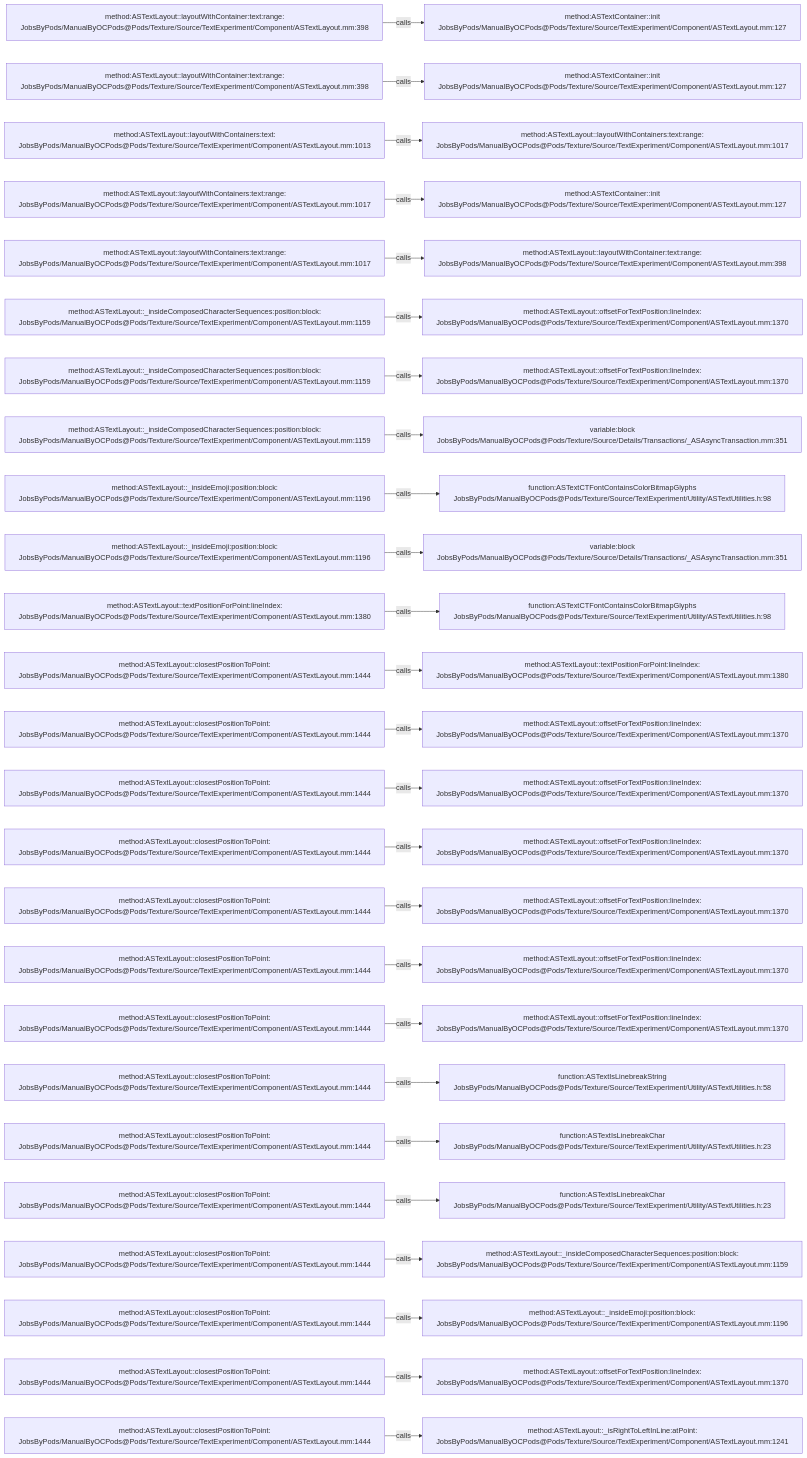
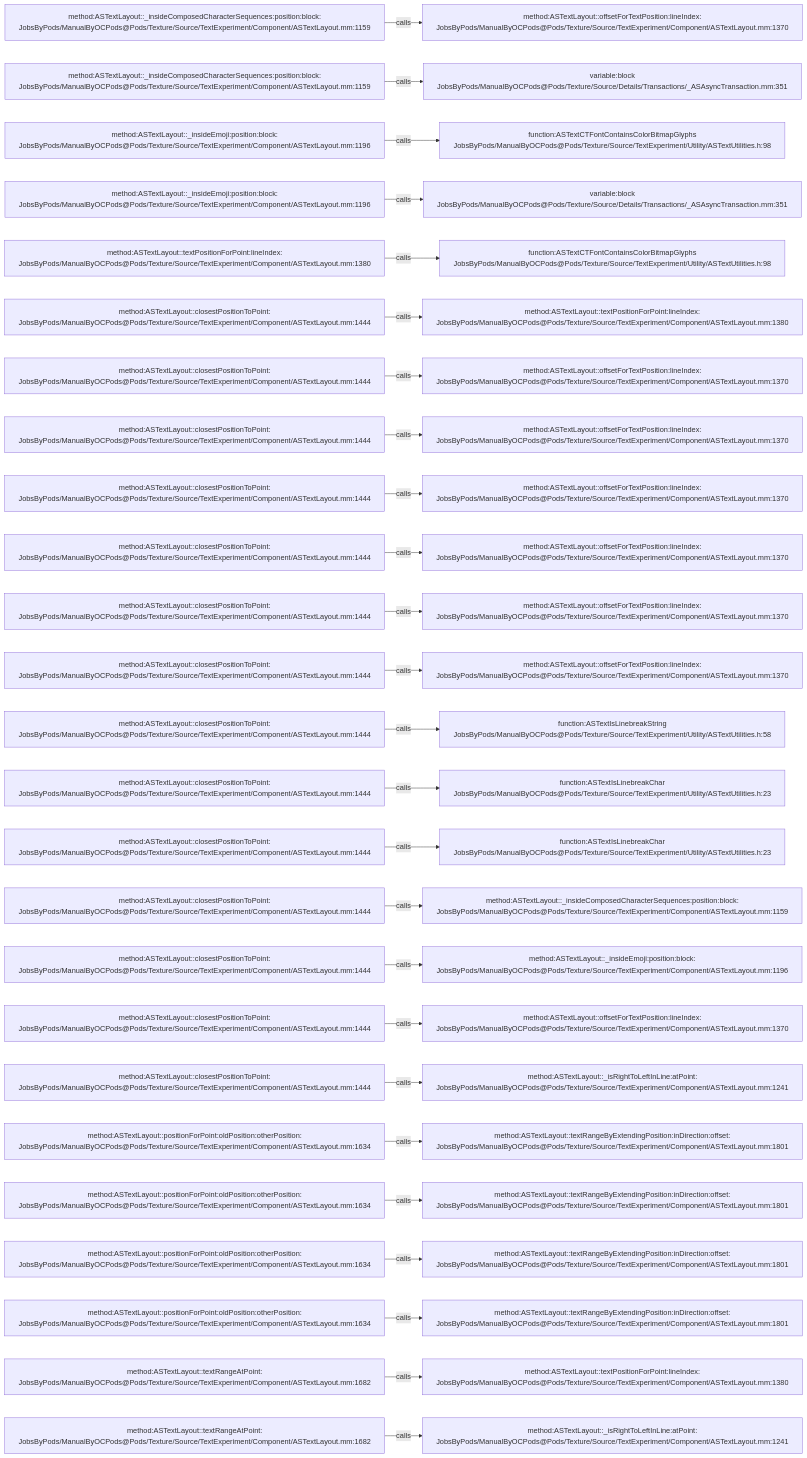
Before and after one commit to JobsKits/JobsOCBaseConfigDemo: the diagram in .codegraph/codegraph.md/graphs/calls-194.md, drawn with Mermaid. The commit also changed 666 other files, not shown here.

````diff
--- a/.codegraph/codegraph.md/graphs/calls-194.md
+++ b/.codegraph/codegraph.md/graphs/calls-194.md
@@ -13,78 +13,78 @@
 ```mermaid
 flowchart LR
-  S1["method:ASTextLayout::layoutWithContainer:text:range:<br/>JobsByPods/ManualByOCPods@Pods/Texture/Source/TextExperiment/Component/ASTextLayout.mm:398"]
-  T1["method:ASTextContainer::init<br/>JobsByPods/ManualByOCPods@Pods/Texture/Source/TextExperiment/Component/ASTextLayout.mm:127"]
+  S1["method:ASTextLayout::_insideComposedCharacterSequences:position:block:<br/>JobsByPods/ManualByOCPods@Pods/Texture/Source/TextExperiment/Component/ASTextLayout.mm:1159"]
+  T1["method:ASTextLayout::offsetForTextPosition:lineIndex:<br/>JobsByPods/ManualByOCPods@Pods/Texture/Source/TextExperiment/Component/ASTextLayout.mm:1370"]
   S1 -->|calls| T1
-  S2["method:ASTextLayout::layoutWithContainer:text:range:<br/>JobsByPods/ManualByOCPods@Pods/Texture/Source/TextExperiment/Component/ASTextLayout.mm:398"]
-  T2["method:ASTextContainer::init<br/>JobsByPods/ManualByOCPods@Pods/Texture/Source/TextExperiment/Component/ASTextLayout.mm:127"]
+  S2["method:ASTextLayout::_insideComposedCharacterSequences:position:block:<br/>JobsByPods/ManualByOCPods@Pods/Texture/Source/TextExperiment/Component/ASTextLayout.mm:1159"]
+  T2["variable:block<br/>JobsByPods/ManualByOCPods@Pods/Texture/Source/Details/Transactions/_ASAsyncTransaction.mm:351"]
   S2 -->|calls| T2
-  S3["method:ASTextLayout::layoutWithContainers:text:<br/>JobsByPods/ManualByOCPods@Pods/Texture/Source/TextExperiment/Component/ASTextLayout.mm:1013"]
-  T3["method:ASTextLayout::layoutWithContainers:text:range:<br/>JobsByPods/ManualByOCPods@Pods/Texture/Source/TextExperiment/Component/ASTextLayout.mm:1017"]
+  S3["method:ASTextLayout::_insideEmoji:position:block:<br/>JobsByPods/ManualByOCPods@Pods/Texture/Source/TextExperiment/Component/ASTextLayout.mm:1196"]
+  T3["function:ASTextCTFontContainsColorBitmapGlyphs<br/>JobsByPods/ManualByOCPods@Pods/Texture/Source/TextExperiment/Utility/ASTextUtilities.h:98"]
   S3 -->|calls| T3
-  S4["method:ASTextLayout::layoutWithContainers:text:range:<br/>JobsByPods/ManualByOCPods@Pods/Texture/Source/TextExperiment/Component/ASTextLayout.mm:1017"]
-  T4["method:ASTextContainer::init<br/>JobsByPods/ManualByOCPods@Pods/Texture/Source/TextExperiment/Component/ASTextLayout.mm:127"]
+  S4["method:ASTextLayout::_insideEmoji:position:block:<br/>JobsByPods/ManualByOCPods@Pods/Texture/Source/TextExperiment/Component/ASTextLayout.mm:1196"]
+  T4["variable:block<br/>JobsByPods/ManualByOCPods@Pods/Texture/Source/Details/Transactions/_ASAsyncTransaction.mm:351"]
   S4 -->|calls| T4
-  S5["method:ASTextLayout::layoutWithContainers:text:range:<br/>JobsByPods/ManualByOCPods@Pods/Texture/Source/TextExperiment/Component/ASTextLayout.mm:1017"]
-  T5["method:ASTextLayout::layoutWithContainer:text:range:<br/>JobsByPods/ManualByOCPods@Pods/Texture/Source/TextExperiment/Component/ASTextLayout.mm:398"]
+  S5["method:ASTextLayout::textPositionForPoint:lineIndex:<br/>JobsByPods/ManualByOCPods@Pods/Texture/Source/TextExperiment/Component/ASTextLayout.mm:1380"]
+  T5["function:ASTextCTFontContainsColorBitmapGlyphs<br/>JobsByPods/ManualByOCPods@Pods/Texture/Source/TextExperiment/Utility/ASTextUtilities.h:98"]
   S5 -->|calls| T5
-  S6["method:ASTextLayout::_insideComposedCharacterSequences:position:block:<br/>JobsByPods/ManualByOCPods@Pods/Texture/Source/TextExperiment/Component/ASTextLayout.mm:1159"]
-  T6["method:ASTextLayout::offsetForTextPosition:lineIndex:<br/>JobsByPods/ManualByOCPods@Pods/Texture/Source/TextExperiment/Component/ASTextLayout.mm:1370"]
+  S6["method:ASTextLayout::closestPositionToPoint:<br/>JobsByPods/ManualByOCPods@Pods/Texture/Source/TextExperiment/Component/ASTextLayout.mm:1444"]
+  T6["method:ASTextLayout::textPositionForPoint:lineIndex:<br/>JobsByPods/ManualByOCPods@Pods/Texture/Source/TextExperiment/Component/ASTextLayout.mm:1380"]
   S6 -->|calls| T6
-  S7["method:ASTextLayout::_insideComposedCharacterSequences:position:block:<br/>JobsByPods/ManualByOCPods@Pods/Texture/Source/TextExperiment/Component/ASTextLayout.mm:1159"]
+  S7["method:ASTextLayout::closestPositionToPoint:<br/>JobsByPods/ManualByOCPods@Pods/Texture/Source/TextExperiment/Component/ASTextLayout.mm:1444"]
   T7["method:ASTextLayout::offsetForTextPosition:lineIndex:<br/>JobsByPods/ManualByOCPods@Pods/Texture/Source/TextExperiment/Component/ASTextLayout.mm:1370"]
   S7 -->|calls| T7
-  S8["method:ASTextLayout::_insideComposedCharacterSequences:position:block:<br/>JobsByPods/ManualByOCPods@Pods/Texture/Source/TextExperiment/Component/ASTextLayout.mm:1159"]
-  T8["variable:block<br/>JobsByPods/ManualByOCPods@Pods/Texture/Source/Details/Transactions/_ASAsyncTransaction.mm:351"]
+  S8["method:ASTextLayout::closestPositionToPoint:<br/>JobsByPods/ManualByOCPods@Pods/Texture/Source/TextExperiment/Component/ASTextLayout.mm:1444"]
+  T8["method:ASTextLayout::offsetForTextPosition:lineIndex:<br/>JobsByPods/ManualByOCPods@Pods/Texture/Source/TextExperiment/Component/ASTextLayout.mm:1370"]
   S8 -->|calls| T8
-  S9["method:ASTextLayout::_insideEmoji:position:block:<br/>JobsByPods/ManualByOCPods@Pods/Texture/Source/TextExperiment/Component/ASTextLayout.mm:1196"]
-  T9["function:ASTextCTFontContainsColorBitmapGlyphs<br/>JobsByPods/ManualByOCPods@Pods/Texture/Source/TextExperiment/Utility/ASTextUtilities.h:98"]
+  S9["method:ASTextLayout::closestPositionToPoint:<br/>JobsByPods/ManualByOCPods@Pods/Texture/Source/TextExperiment/Component/ASTextLayout.mm:1444"]
+  T9["method:ASTextLayout::offsetForTextPosition:lineIndex:<br/>JobsByPods/ManualByOCPods@Pods/Texture/Source/TextExperiment/Component/ASTextLayout.mm:1370"]
   S9 -->|calls| T9
-  S10["method:ASTextLayout::_insideEmoji:position:block:<br/>JobsByPods/ManualByOCPods@Pods/Texture/Source/TextExperiment/Component/ASTextLayout.mm:1196"]
-  T10["variable:block<br/>JobsByPods/ManualByOCPods@Pods/Texture/Source/Details/Transactions/_ASAsyncTransaction.mm:351"]
+  S10["method:ASTextLayout::closestPositionToPoint:<br/>JobsByPods/ManualByOCPods@Pods/Texture/Source/TextExperiment/Component/ASTextLayout.mm:1444"]
+  T10["method:ASTextLayout::offsetForTextPosition:lineIndex:<br/>JobsByPods/ManualByOCPods@Pods/Texture/Source/TextExperiment/Component/ASTextLayout.mm:1370"]
   S10 -->|calls| T10
-  S11["method:ASTextLayout::textPositionForPoint:lineIndex:<br/>JobsByPods/ManualByOCPods@Pods/Texture/Source/TextExperiment/Component/ASTextLayout.mm:1380"]
-  T11["function:ASTextCTFontContainsColorBitmapGlyphs<br/>JobsByPods/ManualByOCPods@Pods/Texture/Source/TextExperiment/Utility/ASTextUtilities.h:98"]
+  S11["method:ASTextLayout::closestPositionToPoint:<br/>JobsByPods/ManualByOCPods@Pods/Texture/Source/TextExperiment/Component/ASTextLayout.mm:1444"]
+  T11["method:ASTextLayout::offsetForTextPosition:lineIndex:<br/>JobsByPods/ManualByOCPods@Pods/Texture/Source/TextExperiment/Component/ASTextLayout.mm:1370"]
   S11 -->|calls| T11
   S12["method:ASTextLayout::closestPositionToPoint:<br/>JobsByPods/ManualByOCPods@Pods/Texture/Source/TextExperiment/Component/ASTextLayout.mm:1444"]
-  T12["method:ASTextLayout::textPositionForPoint:lineIndex:<br/>JobsByPods/ManualByOCPods@Pods/Texture/Source/TextExperiment/Component/ASTextLayout.mm:1380"]
+  T12["method:ASTextLayout::offsetForTextPosition:lineIndex:<br/>JobsByPods/ManualByOCPods@Pods/Texture/Source/TextExperiment/Component/ASTextLayout.mm:1370"]
   S12 -->|calls| T12
   S13["method:ASTextLayout::closestPositionToPoint:<br/>JobsByPods/ManualByOCPods@Pods/Texture/Source/TextExperiment/Component/ASTextLayout.mm:1444"]
-  T13["method:ASTextLayout::offsetForTextPosition:lineIndex:<br/>JobsByPods/ManualByOCPods@Pods/Texture/Source/TextExperiment/Component/ASTextLayout.mm:1370"]
+  T13["function:ASTextIsLinebreakString<br/>JobsByPods/ManualByOCPods@Pods/Texture/Source/TextExperiment/Utility/ASTextUtilities.h:58"]
   S13 -->|calls| T13
   S14["method:ASTextLayout::closestPositionToPoint:<br/>JobsByPods/ManualByOCPods@Pods/Texture/Source/TextExperiment/Component/ASTextLayout.mm:1444"]
-  T14["method:ASTextLayout::offsetForTextPosition:lineIndex:<br/>JobsByPods/ManualByOCPods@Pods/Texture/Source/TextExperiment/Component/ASTextLayout.mm:1370"]
+  T14["function:ASTextIsLinebreakChar<br/>JobsByPods/ManualByOCPods@Pods/Texture/Source/TextExperiment/Utility/ASTextUtilities.h:23"]
   S14 -->|calls| T14
   S15["method:ASTextLayout::closestPositionToPoint:<br/>JobsByPods/ManualByOCPods@Pods/Texture/Source/TextExperiment/Component/ASTextLayout.mm:1444"]
-  T15["method:ASTextLayout::offsetForTextPosition:lineIndex:<br/>JobsByPods/ManualByOCPods@Pods/Texture/Source/TextExperiment/Component/ASTextLayout.mm:1370"]
+  T15["function:ASTextIsLinebreakChar<br/>JobsByPods/ManualByOCPods@Pods/Texture/Source/TextExperiment/Utility/ASTextUtilities.h:23"]
   S15 -->|calls| T15
   S16["method:ASTextLayout::closestPositionToPoint:<br/>JobsByPods/ManualByOCPods@Pods/Texture/Source/TextExperiment/Component/ASTextLayout.mm:1444"]
-  T16["method:ASTextLayout::offsetForTextPosition:lineIndex:<br/>JobsByPods/ManualByOCPods@Pods/Texture/Source/TextExperiment/Component/ASTextLayout.mm:1370"]
+  T16["method:ASTextLayout::_insideComposedCharacterSequences:position:block:<br/>JobsByPods/ManualByOCPods@Pods/Texture/Source/TextExperiment/Component/ASTextLayout.mm:1159"]
   S16 -->|calls| T16
   S17["method:ASTextLayout::closestPositionToPoint:<br/>JobsByPods/ManualByOCPods@Pods/Texture/Source/TextExperiment/Component/ASTextLayout.mm:1444"]
-  T17["method:ASTextLayout::offsetForTextPosition:lineIndex:<br/>JobsByPods/ManualByOCPods@Pods/Texture/Source/TextExperiment/Component/ASTextLayout.mm:1370"]
+  T17["method:ASTextLayout::_insideEmoji:position:block:<br/>JobsByPods/ManualByOCPods@Pods/Texture/Source/TextExperiment/Component/ASTextLayout.mm:1196"]
   S17 -->|calls| T17
   S18["method:ASTextLayout::closestPositionToPoint:<br/>JobsByPods/ManualByOCPods@Pods/Texture/Source/TextExperiment/Component/ASTextLayout.mm:1444"]
   T18["method:ASTextLayout::offsetForTextPosition:lineIndex:<br/>JobsByPods/ManualByOCPods@Pods/Texture/Source/TextExperiment/Component/ASTextLayout.mm:1370"]
   S18 -->|calls| T18
   S19["method:ASTextLayout::closestPositionToPoint:<br/>JobsByPods/ManualByOCPods@Pods/Texture/Source/TextExperiment/Component/ASTextLayout.mm:1444"]
-  T19["function:ASTextIsLinebreakString<br/>JobsByPods/ManualByOCPods@Pods/Texture/Source/TextExperiment/Utility/ASTextUtilities.h:58"]
+  T19["method:ASTextLayout::_isRightToLeftInLine:atPoint:<br/>JobsByPods/ManualByOCPods@Pods/Texture/Source/TextExperiment/Component/ASTextLayout.mm:1241"]
   S19 -->|calls| T19
-  S20["method:ASTextLayout::closestPositionToPoint:<br/>JobsByPods/ManualByOCPods@Pods/Texture/Source/TextExperiment/Component/ASTextLayout.mm:1444"]
-  T20["function:ASTextIsLinebreakChar<br/>JobsByPods/ManualByOCPods@Pods/Texture/Source/TextExperiment/Utility/ASTextUtilities.h:23"]
+  S20["method:ASTextLayout::positionForPoint:oldPosition:otherPosition:<br/>JobsByPods/ManualByOCPods@Pods/Texture/Source/TextExperiment/Component/ASTextLayout.mm:1634"]
+  T20["method:ASTextLayout::textRangeByExtendingPosition:inDirection:offset:<br/>JobsByPods/ManualByOCPods@Pods/Texture/Source/TextExperiment/Component/ASTextLayout.mm:1801"]
   S20 -->|calls| T20
-  S21["method:ASTextLayout::closestPositionToPoint:<br/>JobsByPods/ManualByOCPods@Pods/Texture/Source/TextExperiment/Component/ASTextLayout.mm:1444"]
-  T21["function:ASTextIsLinebreakChar<br/>JobsByPods/ManualByOCPods@Pods/Texture/Source/TextExperiment/Utility/ASTextUtilities.h:23"]
+  S21["method:ASTextLayout::positionForPoint:oldPosition:otherPosition:<br/>JobsByPods/ManualByOCPods@Pods/Texture/Source/TextExperiment/Component/ASTextLayout.mm:1634"]
+  T21["method:ASTextLayout::textRangeByExtendingPosition:inDirection:offset:<br/>JobsByPods/ManualByOCPods@Pods/Texture/Source/TextExperiment/Component/ASTextLayout.mm:1801"]
   S21 -->|calls| T21
-  S22["method:ASTextLayout::closestPositionToPoint:<br/>JobsByPods/ManualByOCPods@Pods/Texture/Source/TextExperiment/Component/ASTextLayout.mm:1444"]
-  T22["method:ASTextLayout::_insideComposedCharacterSequences:position:block:<br/>JobsByPods/ManualByOCPods@Pods/Texture/Source/TextExperiment/Component/ASTextLayout.mm:1159"]
+  S22["method:ASTextLayout::positionForPoint:oldPosition:otherPosition:<br/>JobsByPods/ManualByOCPods@Pods/Texture/Source/TextExperiment/Component/ASTextLayout.mm:1634"]
+  T22["method:ASTextLayout::textRangeByExtendingPosition:inDirection:offset:<br/>JobsByPods/ManualByOCPods@Pods/Texture/Source/TextExperiment/Component/ASTextLayout.mm:1801"]
   S22 -->|calls| T22
-  S23["method:ASTextLayout::closestPositionToPoint:<br/>JobsByPods/ManualByOCPods@Pods/Texture/Source/TextExperiment/Component/ASTextLayout.mm:1444"]
-  T23["method:ASTextLayout::_insideEmoji:position:block:<br/>JobsByPods/ManualByOCPods@Pods/Texture/Source/TextExperiment/Component/ASTextLayout.mm:1196"]
+  S23["method:ASTextLayout::positionForPoint:oldPosition:otherPosition:<br/>JobsByPods/ManualByOCPods@Pods/Texture/Source/TextExperiment/Component/ASTextLayout.mm:1634"]
+  T23["method:ASTextLayout::textRangeByExtendingPosition:inDirection:offset:<br/>JobsByPods/ManualByOCPods@Pods/Texture/Source/TextExperiment/Component/ASTextLayout.mm:1801"]
   S23 -->|calls| T23
-  S24["method:ASTextLayout::closestPositionToPoint:<br/>JobsByPods/ManualByOCPods@Pods/Texture/Source/TextExperiment/Component/ASTextLayout.mm:1444"]
-  T24["method:ASTextLayout::offsetForTextPosition:lineIndex:<br/>JobsByPods/ManualByOCPods@Pods/Texture/Source/TextExperiment/Component/ASTextLayout.mm:1370"]
+  S24["method:ASTextLayout::textRangeAtPoint:<br/>JobsByPods/ManualByOCPods@Pods/Texture/Source/TextExperiment/Component/ASTextLayout.mm:1682"]
+  T24["method:ASTextLayout::textPositionForPoint:lineIndex:<br/>JobsByPods/ManualByOCPods@Pods/Texture/Source/TextExperiment/Component/ASTextLayout.mm:1380"]
   S24 -->|calls| T24
-  S25["method:ASTextLayout::closestPositionToPoint:<br/>JobsByPods/ManualByOCPods@Pods/Texture/Source/TextExperiment/Component/ASTextLayout.mm:1444"]
+  S25["method:ASTextLayout::textRangeAtPoint:<br/>JobsByPods/ManualByOCPods@Pods/Texture/Source/TextExperiment/Component/ASTextLayout.mm:1682"]
   T25["method:ASTextLayout::_isRightToLeftInLine:atPoint:<br/>JobsByPods/ManualByOCPods@Pods/Texture/Source/TextExperiment/Component/ASTextLayout.mm:1241"]
   S25 -->|calls| T25
 ```
````
